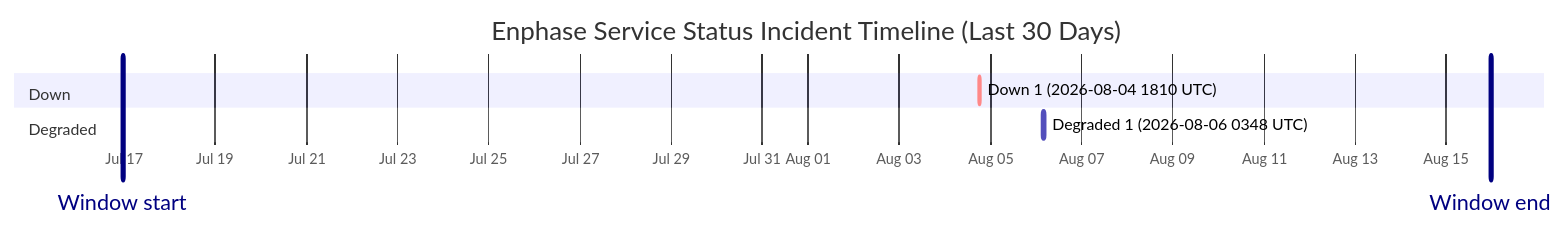
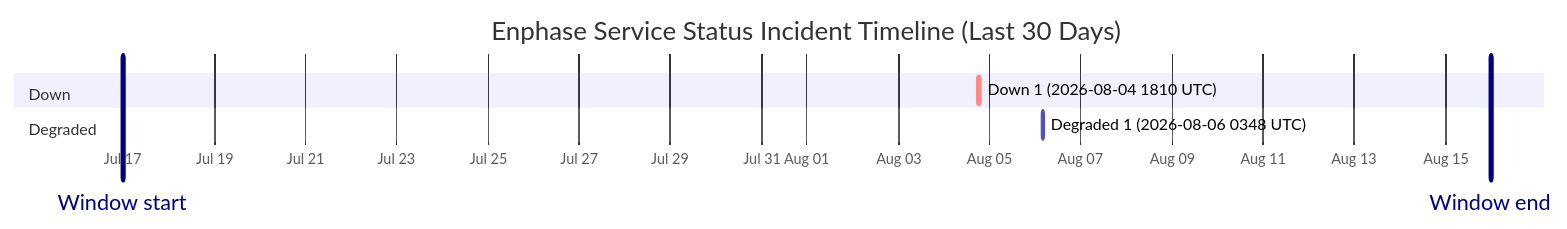
One commit to barneyonline/ha-enphase-energy changed the diagram in wiki/Service-Status-History.md. Above: the diagram before and after it, drawn with Mermaid. The commit also changed other lines of this file and 3 other files, not shown here.

````diff
--- a/wiki/Service-Status-History.md
+++ b/wiki/Service-Status-History.md
@@ -14,12 +14,12 @@
 ```mermaid
 gantt
     title Enphase Service Status Incident Timeline (Last 30 Days)
     dateFormat  YYYY-MM-DDTHH:mm:ss
     axisFormat  %b %d
-    Window start :vert, window-start, 2026-07-16T23:18:00, 0ms
-    Window end :vert, window-end, 2026-08-15T23:18:00, 0ms
+    Window start :vert, window-start, 2026-07-16T23:43:55, 0ms
+    Window end :vert, window-end, 2026-08-15T23:43:55, 0ms
     section Down
     Down 1 (2026-08-04 1810 UTC) :crit, down-1, 2026-08-04T18:10:46, 60m
     section Degraded
     Degraded 1 (2026-08-06 0348 UTC) :active, degraded-1, 2026-08-06T03:48:14, 60m
 ```
````
